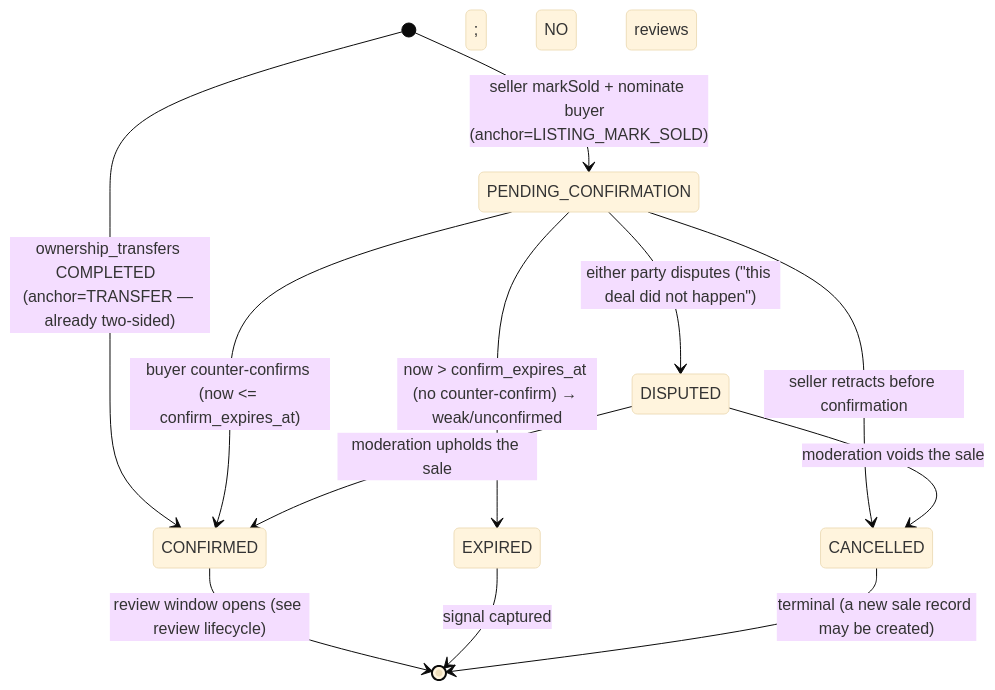
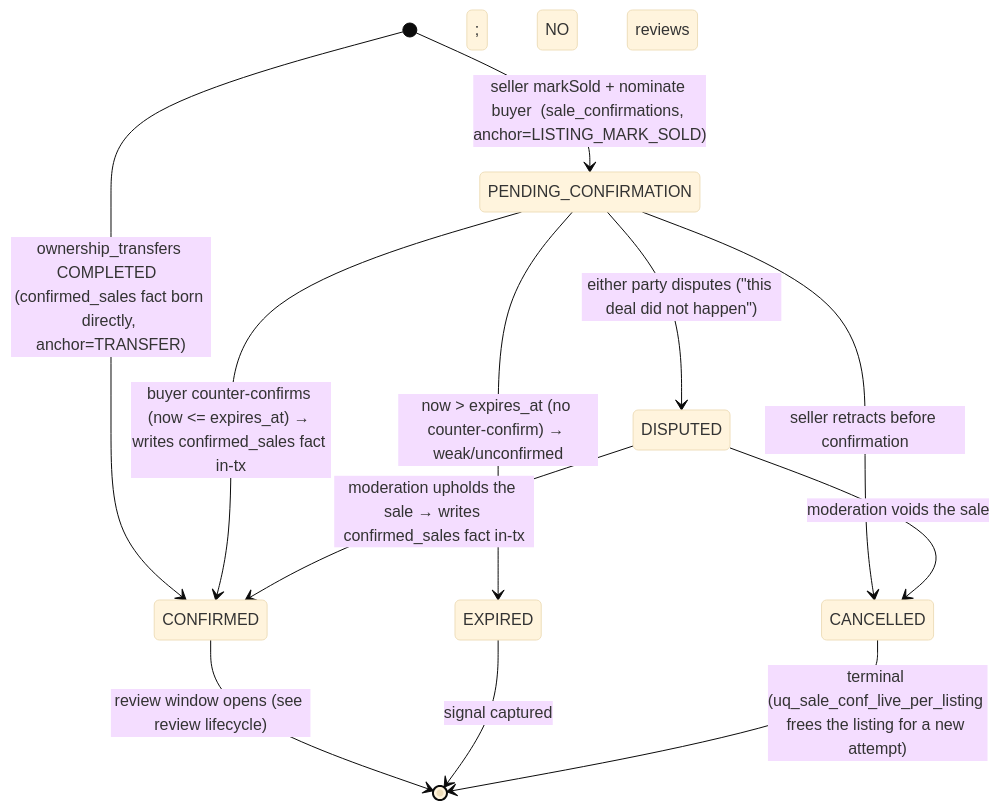
One commit to Aleksandr-Sulimenko/ZooLink changed the diagram in docs/specs/18-reputation.md. Above: the diagram before and after it, drawn with Mermaid (base theme). The commit also changed other lines of this file and 21 other files, not shown here.

````diff
--- a/docs/specs/18-reputation.md
+++ b/docs/specs/18-reputation.md
@@ -250,14 +281,14 @@
 ```mermaid
 stateDiagram-v2
-    [*] --> PENDING_CONFIRMATION: seller markSold + nominate buyer  (anchor=LISTING_MARK_SOLD)
-    [*] --> CONFIRMED: ownership_transfers COMPLETED  (anchor=TRANSFER — already two-sided)
-    PENDING_CONFIRMATION --> CONFIRMED: buyer counter-confirms (now <= confirm_expires_at)
+    [*] --> PENDING_CONFIRMATION: seller markSold + nominate buyer  (sale_confirmations, anchor=LISTING_MARK_SOLD)
+    [*] --> CONFIRMED: ownership_transfers COMPLETED  (confirmed_sales fact born directly, anchor=TRANSFER)
+    PENDING_CONFIRMATION --> CONFIRMED: buyer counter-confirms (now <= expires_at) → writes confirmed_sales fact in-tx
     PENDING_CONFIRMATION --> DISPUTED: either party disputes ("this deal did not happen")
-    PENDING_CONFIRMATION --> EXPIRED: now > confirm_expires_at (no counter-confirm) → weak/unconfirmed
+    PENDING_CONFIRMATION --> EXPIRED: now > expires_at (no counter-confirm) → weak/unconfirmed
     PENDING_CONFIRMATION --> CANCELLED: seller retracts before confirmation
-    DISPUTED --> CONFIRMED: moderation upholds the sale
+    DISPUTED --> CONFIRMED: moderation upholds the sale → writes confirmed_sales fact in-tx
     DISPUTED --> CANCELLED: moderation voids the sale
     CONFIRMED --> [*]: review window opens (see review lifecycle)
     EXPIRED --> [*]: signal captured; NO reviews
-    CANCELLED --> [*]: terminal (a new sale record may be created)
+    CANCELLED --> [*]: terminal (uq_sale_conf_live_per_listing frees the listing for a new attempt)
 ```
````
